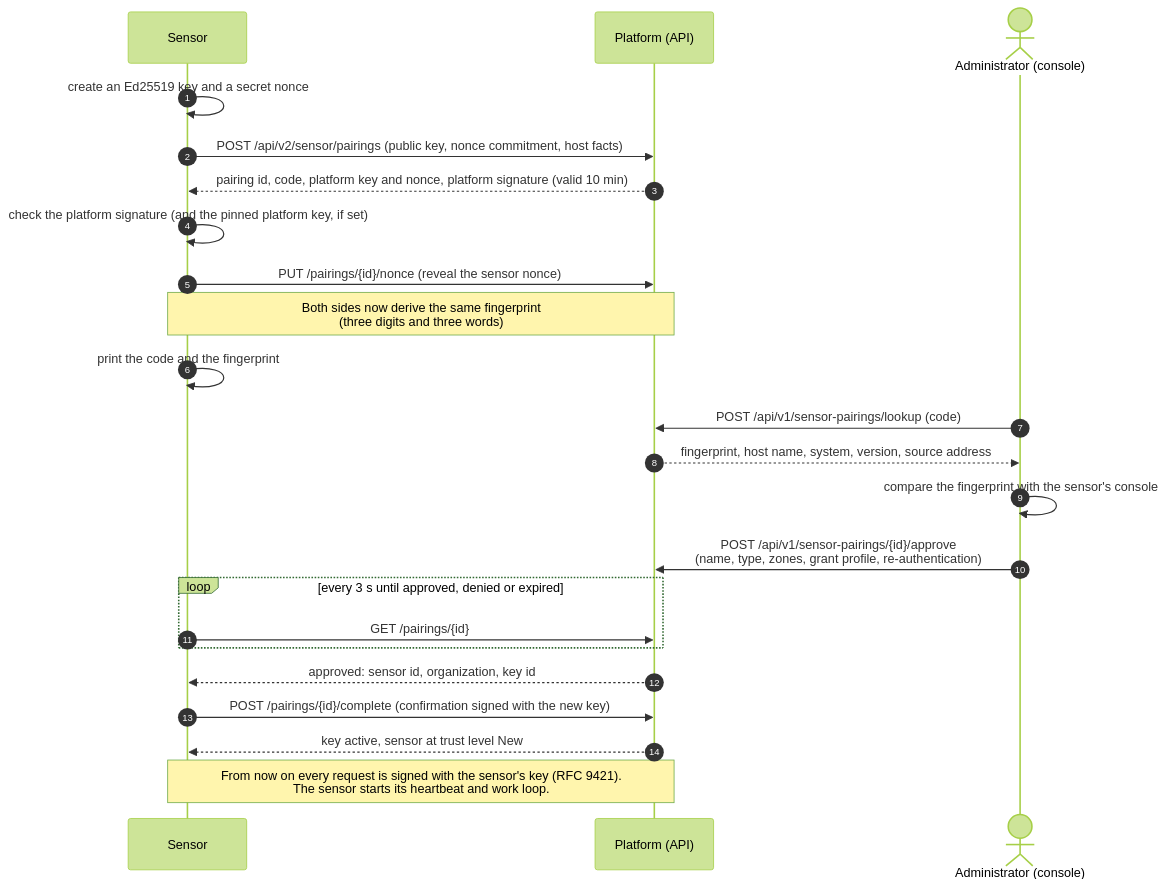
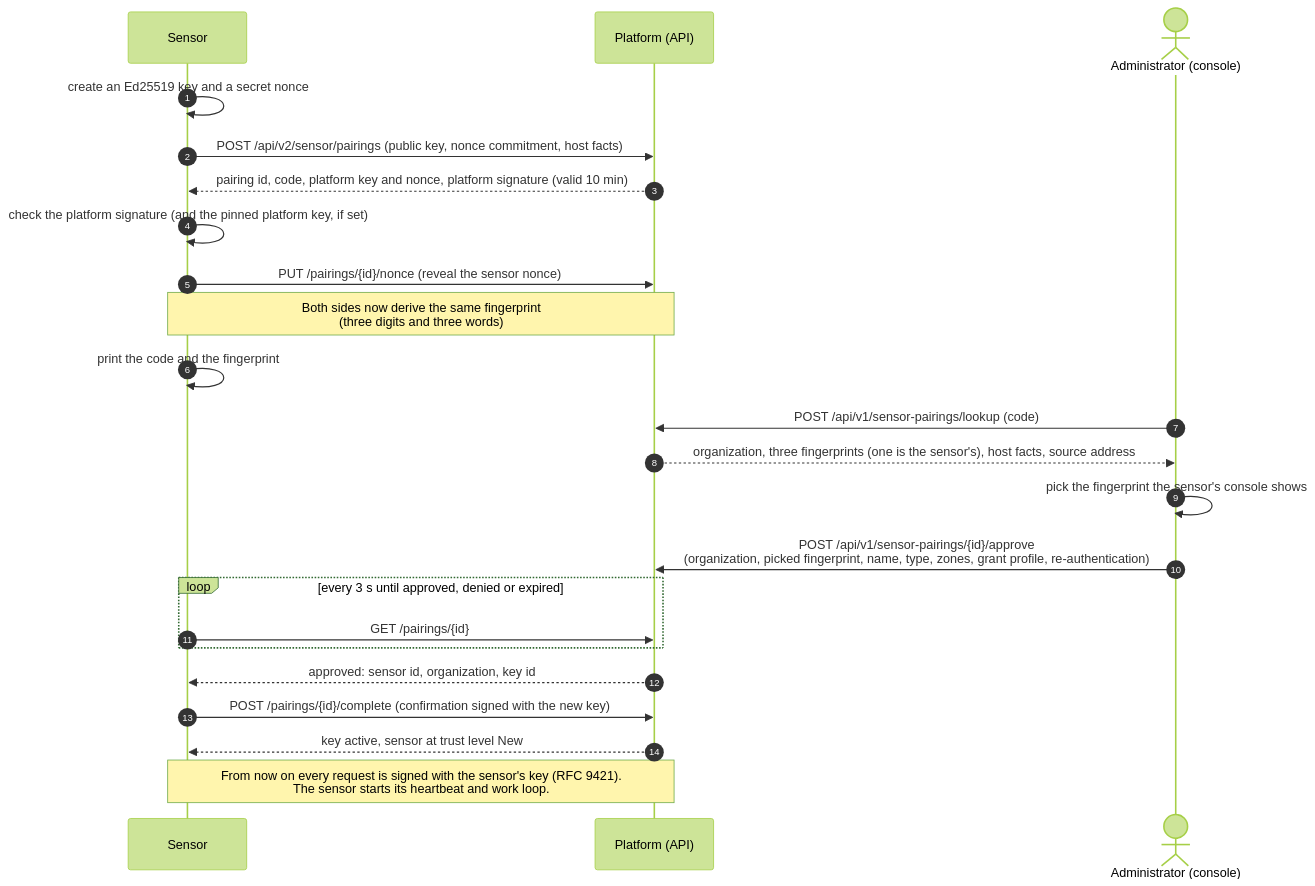
One commit to openctemio/docs changed the diagram in sensors/pairing.md. Above: the diagram before and after it, drawn with Mermaid (forest theme). The commit also changed other lines of this file and 15 other files, not shown here.

Commit message:
docs(sensors): one-command add, fingerprint approval, console re-pair, kit set-ca/set-header/self-update, local policy headers as of develop and sensor v0.35.0

````diff
--- a/sensors/pairing.md
+++ b/sensors/pairing.md
@@ -16,25 +16,25 @@
 ```mermaid
 sequenceDiagram
     autonumber
     participant S as Sensor
     participant P as Platform (API)
     actor A as Administrator (console)
     S->>S: create an Ed25519 key and a secret nonce
     S->>P: POST /api/v2/sensor/pairings (public key, nonce commitment, host facts)
     P-->>S: pairing id, code, platform key and nonce, platform signature (valid 10 min)
     S->>S: check the platform signature (and the pinned platform key, if set)
     S->>P: PUT /pairings/{id}/nonce (reveal the sensor nonce)
     Note over S,P: Both sides now derive the same fingerprint<br/>(three digits and three words)
     S->>S: print the code and the fingerprint
     A->>P: POST /api/v1/sensor-pairings/lookup (code)
-    P-->>A: fingerprint, host name, system, version, source address
-    A->>A: compare the fingerprint with the sensor's console
-    A->>P: POST /api/v1/sensor-pairings/{id}/approve<br/>(name, type, zones, grant profile, re-authentication)
+    P-->>A: organization, three fingerprints (one is the sensor's), host facts, source address
+    A->>A: pick the fingerprint the sensor's console shows
+    A->>P: POST /api/v1/sensor-pairings/{id}/approve<br/>(organization, picked fingerprint, name, type, zones, grant profile, re-authentication)
     loop every 3 s until approved, denied or expired
         S->>P: GET /pairings/{id}
     end
     P-->>S: approved: sensor id, organization, key id
     S->>P: POST /pairings/{id}/complete (confirmation signed with the new key)
     P-->>S: key active, sensor at trust level New
     Note over S,P: From now on every request is signed with the sensor's key (RFC 9421).<br/>The sensor starts its heartbeat and work loop.
 ```
````
